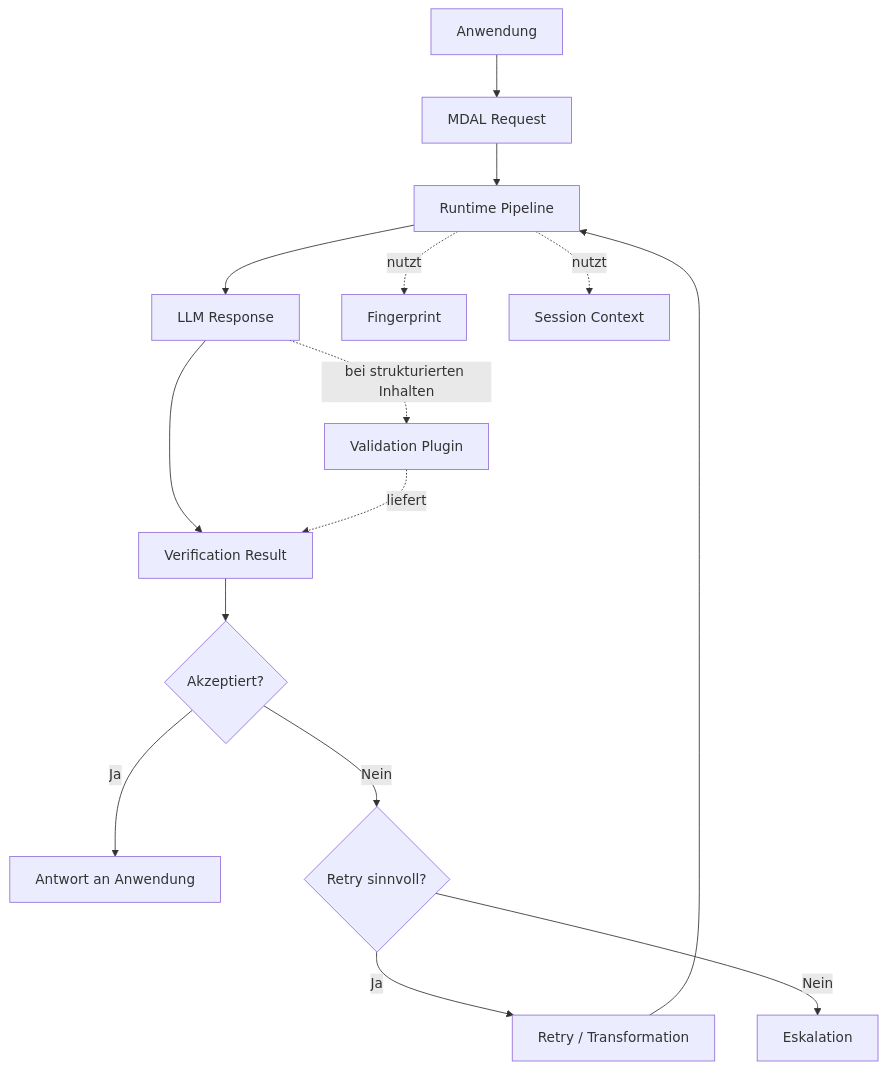
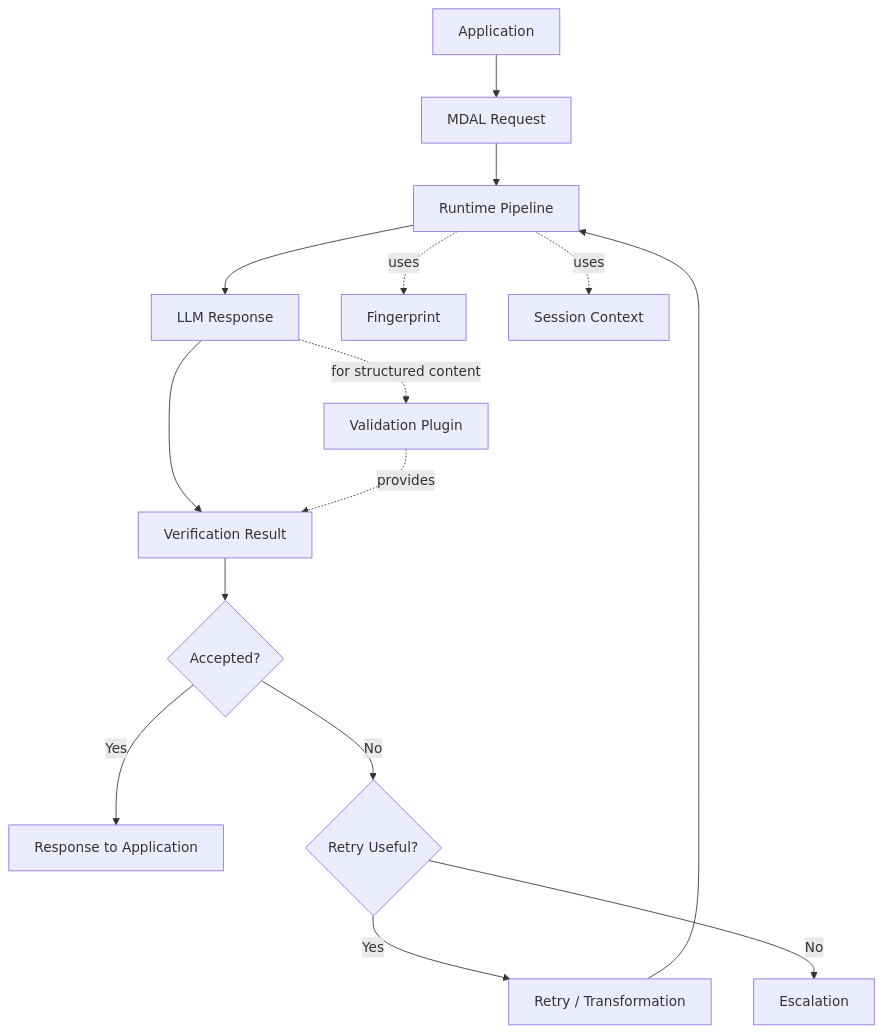
Before and after one commit to max-dingsda/MDAL: the diagram in Docs/08-domain-model.md, drawn with Mermaid. The commit also changed other lines of this file and 82 other files, not shown here.

````diff
--- a/Docs/08-domain-model.md
+++ b/Docs/08-domain-model.md
@@ -70,18 +70,18 @@
 ```mermaid
 flowchart TD
-    A[Anwendung] --> B[MDAL Request]
+    A[Application] --> B[MDAL Request]
     B --> C[Runtime Pipeline]
     C --> D[LLM Response]
     D --> E[Verification Result]
-    E --> F{Akzeptiert?}
-    F -- Ja --> G[Antwort an Anwendung]
-    F -- Nein --> H{Retry sinnvoll?}
-    H -- Ja --> I[Retry / Transformation]
+    E --> F{Accepted?}
+    F -- Yes --> G[Response to Application]
+    F -- No --> H{Retry Useful?}
+    H -- Yes --> I[Retry / Transformation]
     I --> C
-    H -- Nein --> J[Eskalation]
+    H -- No --> J[Escalation]
 
-    C -. nutzt .-> K[Fingerprint]
-    C -. nutzt .-> L[Session Context]
-    D -. bei strukturierten Inhalten .-> M[Validation Plugin]
-    M -. liefert .-> E
+    C -. uses .-> K[Fingerprint]
+    C -. uses .-> L[Session Context]
+    D -. for structured content .-> M[Validation Plugin]
+    M -. provides .-> E
 ```
````
